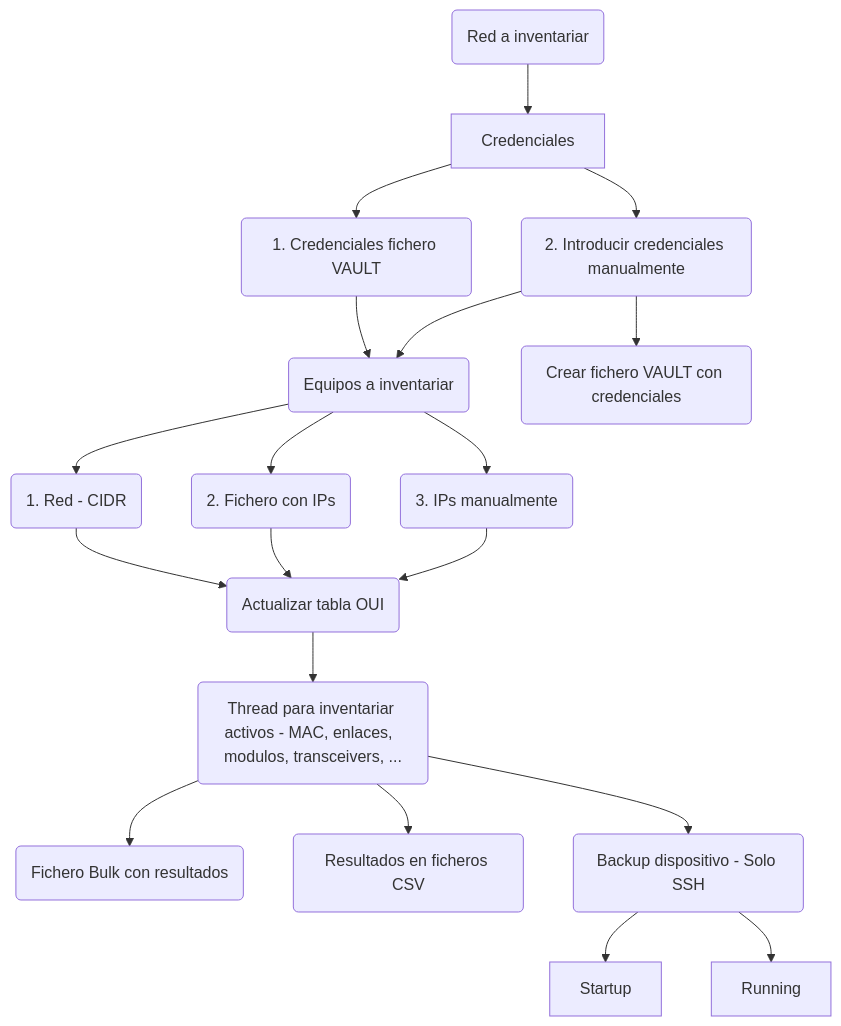
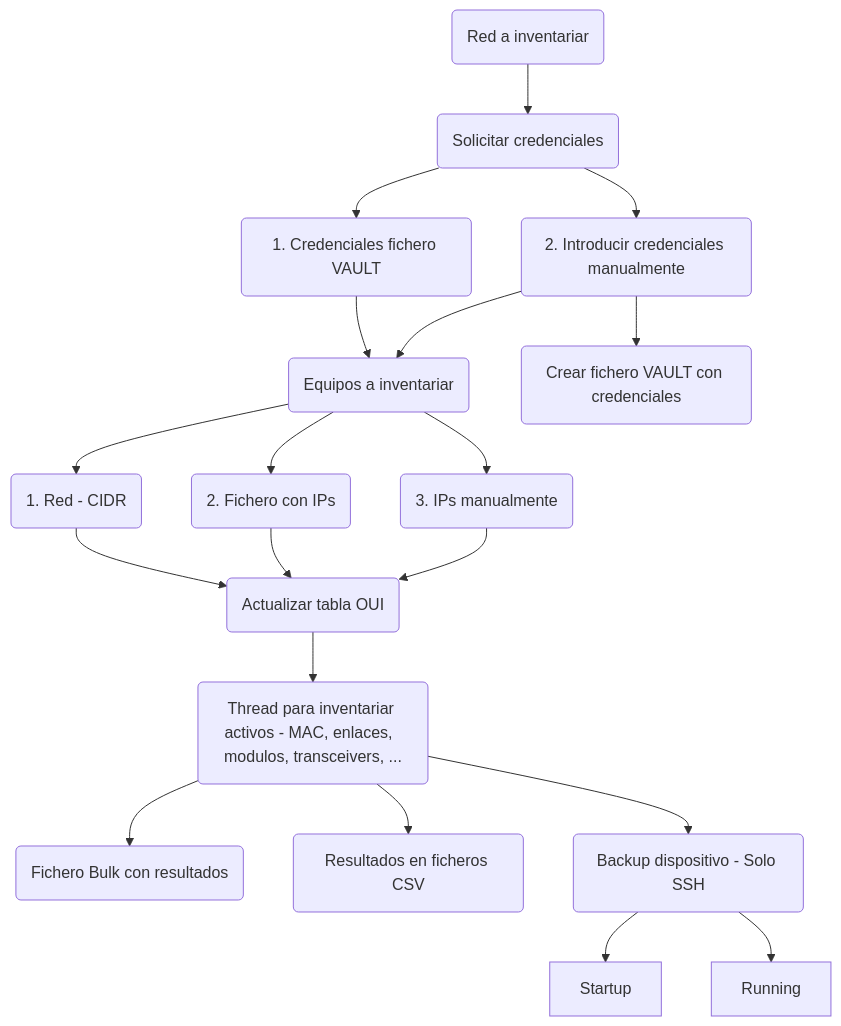
Before and after one commit to fmbrieva/test_readme: the diagram in README.md, drawn with Mermaid.

````diff
--- a/README.md
+++ b/README.md
@@ -41,21 +41,21 @@
 ```mermaid
 graph TD;
-    Red(Red a inventariar)-->Credenciales;
+    Red(Red a inventariar)-->Credenciales(Solicitar credenciales);
     Credenciales-->Credenciales_Fichero_Vault(1. Credenciales fichero VAULT);
     Credenciales-->Credenciales_Manualmente(2. Introducir credenciales manualmente);
     Credenciales_Fichero_Vault-->Equipos_a_inventariar(Equipos a inventariar);
     Credenciales_Manualmente-->Equipos_a_inventariar;
     Credenciales_Manualmente-->Crear_Vault_Con_Credenciales(Crear fichero VAULT con credenciales);
     Equipos_a_inventariar-->Red_CIDR(1. Red - CIDR);
     Equipos_a_inventariar-->Fichero_IP(2. Fichero con IPs);
     Equipos_a_inventariar-->Introducir_IP(3. IPs manualmente);
     Red_CIDR-->Actualizar_OUI(Actualizar tabla OUI);
     Fichero_IP-->Actualizar_OUI;
     Introducir_IP-->Actualizar_OUI;
     Actualizar_OUI--> Thread_Inventariar_Activos(Thread para inventariar activos - MAC, enlaces,  modulos, transceivers, ...);
     Thread_Inventariar_Activos-->Resultados_Bulk(Fichero Bulk con resultados);
     Thread_Inventariar_Activos-->Resultados_CSV(Resultados en ficheros CSV);
     Thread_Inventariar_Activos-->Backup_Dispositivo_SSH(Backup dispositivo - Solo SSH);
     Backup_Dispositivo_SSH-->Startup;
     Backup_Dispositivo_SSH-->Running;
 ```
````
